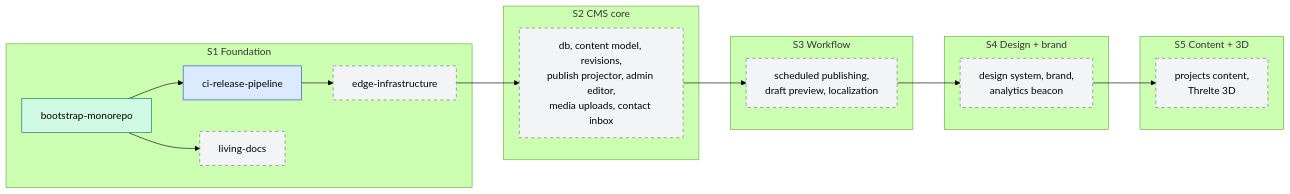
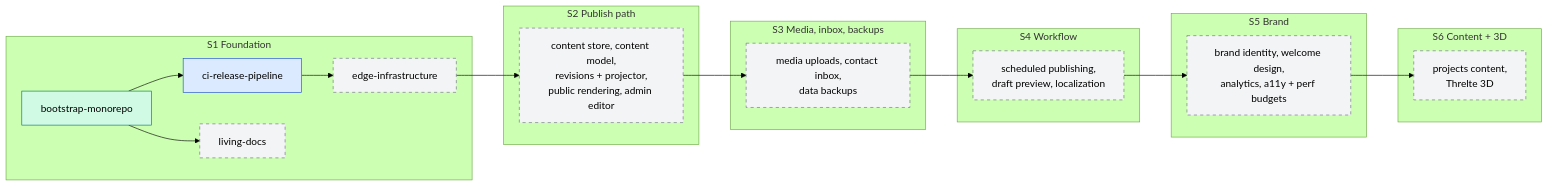
One commit to ycmcuenca/ycmcuenca-core changed the diagram in docs/ROADMAP.md. Above: the diagram before and after it, drawn with Mermaid (forest theme). The commit also changed other lines of this file and 2 other files, not shown here.

Commit message:
docs(roadmap): record the stack audit and split the CMS core sprint

````diff
--- a/docs/ROADMAP.md
+++ b/docs/ROADMAP.md
@@ -33,29 +33,32 @@
 ```mermaid
 flowchart LR
     subgraph S1["S1 Foundation"]
         bootstrap["bootstrap-monorepo"]:::archived
         ci["ci-release-pipeline"]:::merged
         edge["edge-infrastructure"]:::planned
         docs["living-docs"]:::planned
     end
-    subgraph S2["S2 CMS core"]
-        s2["db, content model, revisions,<br/>publish projector, admin editor,<br/>media uploads, contact inbox"]:::planned
+    subgraph S2["S2 Publish path"]
+        s2["content store, content model,<br/>revisions + projector,<br/>public rendering, admin editor"]:::planned
     end
-    subgraph S3["S3 Workflow"]
-        s3["scheduled publishing,<br/>draft preview, localization"]:::planned
+    subgraph S3["S3 Media, inbox, backups"]
+        s3["media uploads, contact inbox,<br/>data backups"]:::planned
     end
-    subgraph S4["S4 Design + brand"]
-        s4["design system, brand,<br/>analytics beacon"]:::planned
+    subgraph S4["S4 Workflow"]
+        s4["scheduled publishing,<br/>draft preview, localization"]:::planned
     end
-    subgraph S5["S5 Content + 3D"]
-        s5["projects content,<br/>Threlte 3D"]:::planned
+    subgraph S5["S5 Brand"]
+        s5["brand identity, welcome design,<br/>analytics, a11y + perf budgets"]:::planned
+    end
+    subgraph S6["S6 Content + 3D"]
+        s6["projects content,<br/>Threlte 3D"]:::planned
     end
 
     bootstrap --> ci --> edge
     bootstrap --> docs
-    edge --> s2 --> s3 --> s4 --> s5
+    edge --> s2 --> s3 --> s4 --> s5 --> s6
 
     classDef archived fill:#d1fae5,stroke:#047857
     classDef merged fill:#dbeafe,stroke:#1d4ed8
     classDef planned fill:#f3f4f6,stroke:#6b7280,stroke-dasharray:5 5
 ```
````
